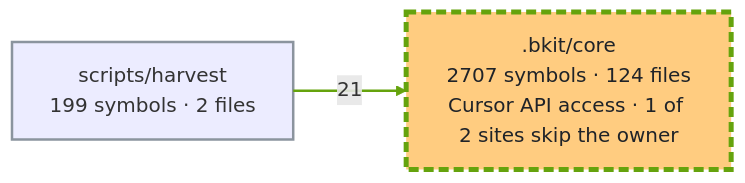
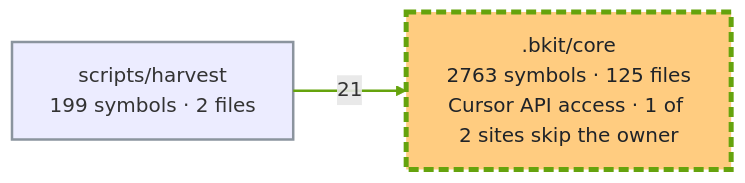
Before and after one commit to cbartens/bkit: the first of 2 diagrams in docs/capabilities.md, drawn with Mermaid. The commit also changed other lines of this file, not shown here.

Commit message:
docs(graph): regenerate the capabilities graph for the pushed dev commits

````diff
--- a/docs/capabilities.md
+++ b/docs/capabilities.md
@@ -150,16 +150,16 @@
 ```mermaid
 ---
 config:
   layout: elk
   flowchart:
     useMaxWidth: false
 ---
 flowchart LR
-  %% Generated by bkit-graphify-rollup.py from f9789e64a0c48d5c0a315cddd64d4f2e54cca000 — do not edit
-  n_bkit_core[".bkit/core<br/>2707 symbols · 124 files<br/>Cursor API access · 1 of 2 sites skip the owner"]
+  %% Generated by bkit-graphify-rollup.py from dd972796a95169fb200d8371344c10013137d776 — do not edit
+  n_bkit_core[".bkit/core<br/>2763 symbols · 125 files<br/>Cursor API access · 1 of 2 sites skip the owner"]
   nscripts_harvest["scripts/harvest<br/>199 symbols · 2 files"]
   nscripts_harvest -->|21| n_bkit_core
   style n_bkit_core stroke:#65a30d,stroke-width:4px,stroke-dasharray:8 4,fill:#ffcc80,color:#1f2328
   style nscripts_harvest stroke:#8b949e,stroke-width:2px
   linkStyle 0 stroke:#65a30d,stroke-width:2px
 ```
````
